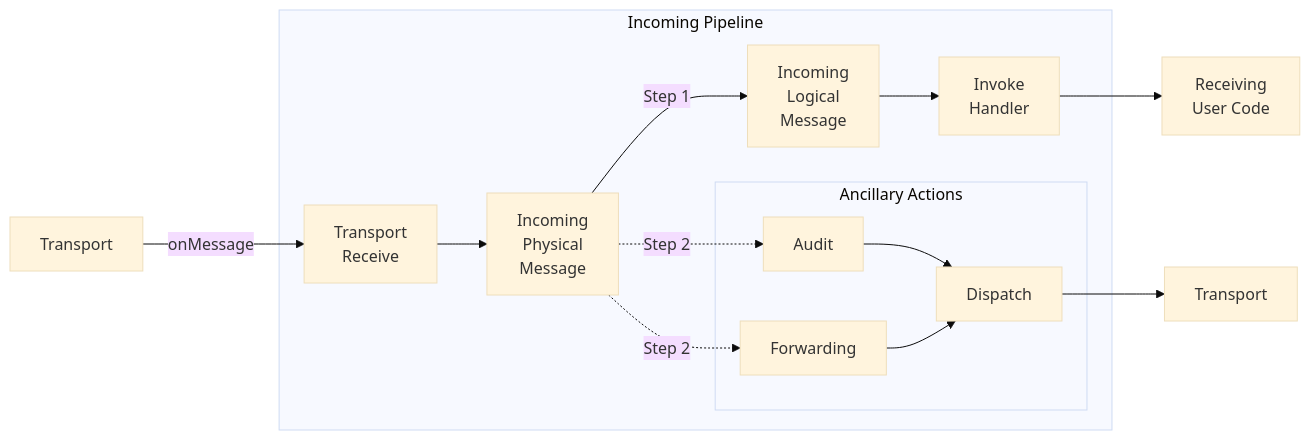
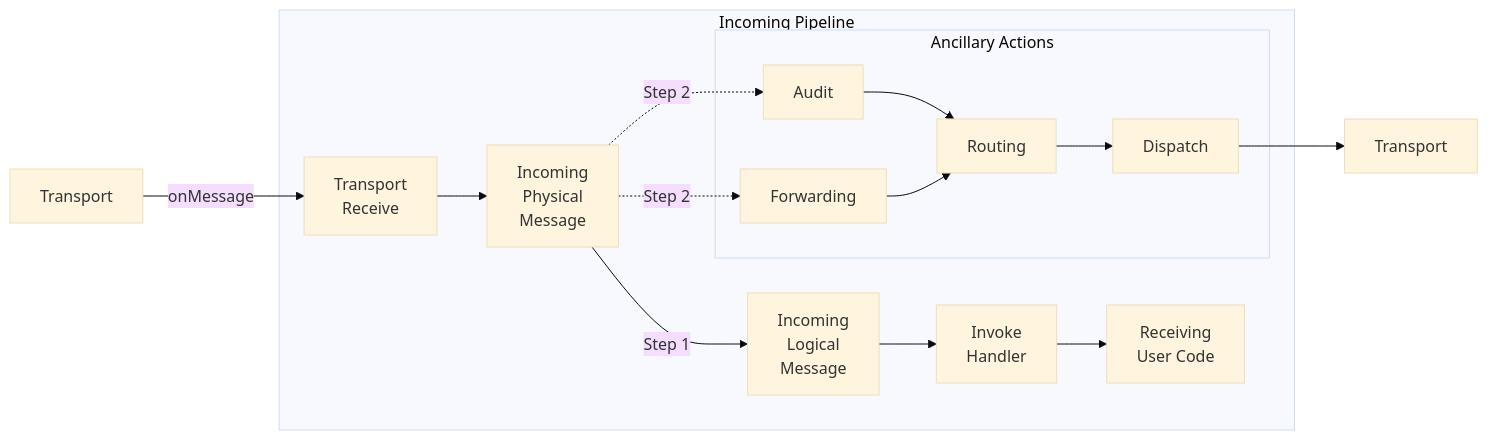
Before and after one commit to Particular/docs.particular.net: the diagram in nservicebus/pipeline/steps-stages-connectors_incoming_core_[6.0,).partial.md, drawn with Mermaid (base theme).

Commit message:
Add the routing component to the incoming pipeline graph

````diff
--- a/nservicebus/pipeline/steps-stages-connectors_incoming_core_[6.0,).partial.md
+++ b/nservicebus/pipeline/steps-stages-connectors_incoming_core_[6.0,).partial.md
@@ -10,45 +10,45 @@
 ```mermaid
 graph LR
 
 Transport[Transport]
 
 
 subgraph Incoming Pipeline
 TR[Transport<br>Receive]
 IH[Invoke<br>Handler]
 ILM[Incoming<br>Logical<br>Message]
 IPM[Incoming<br>Physical<br>Message]
+RUC[Receiving<br>User Code]
 
 subgraph Ancillary Actions
 Forwarding[Forwarding]
 Audit[Audit]
+Routing
 Dispatch
 end
 
 end
 
 AncillaryTransport[Transport]
 
-
-RUC[Receiving<br>User Code]
 
 
 Transport -- onMessage --> TR
 IPM -- Step 1 --> ILM
 IPM -. Step 2 .-> Forwarding
 IPM -. Step 2 .-> Audit
 ILM --> IH
 
 TR --> IPM
 IH --> RUC
 
 Dispatch --> AncillaryTransport
-Audit--> Dispatch
-Forwarding --> Dispatch
-
+Audit --> Routing
+Forwarding --> Routing
+Routing --> Dispatch
 
 click IH "/nservicebus/handlers-and-sagas"
 click Transport "/transports/"
 click Audit "/nservicebus/operations/auditing"
 click Forwarding "/nservicebus/messaging/forwarding"
 ```
````
